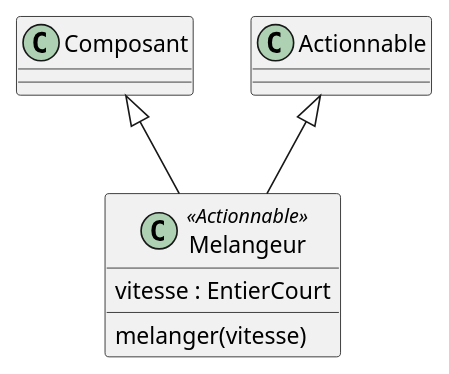
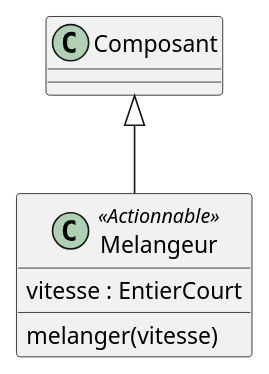
Before and after one commit to beerfactory/brewbox-uml: the diagram in melangeur.iuml, drawn with PlantUML. The commit also changed 2 other files, not shown here.

```diff
--- a/melangeur.iuml
+++ b/melangeur.iuml
@@ -1,7 +1,6 @@
 class Melangeur <<Actionnable>> {
     vitesse : EntierCourt
     melanger(vitesse)
 }
 
 Composant <|-- Melangeur
-Actionnable <|-- Melangeur
```
